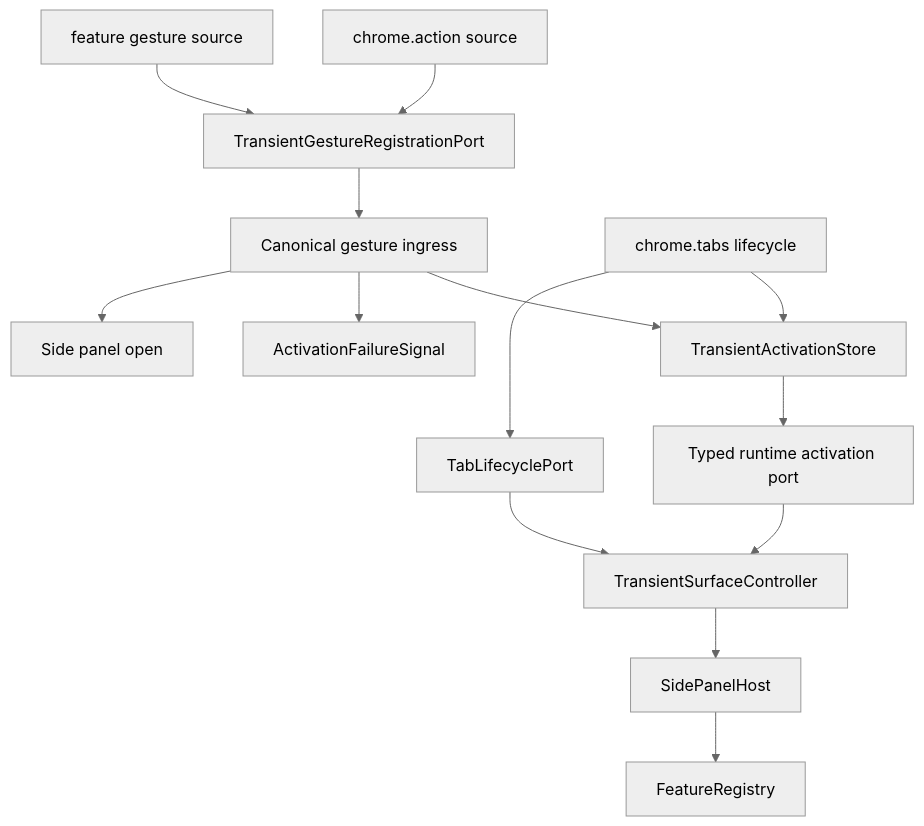
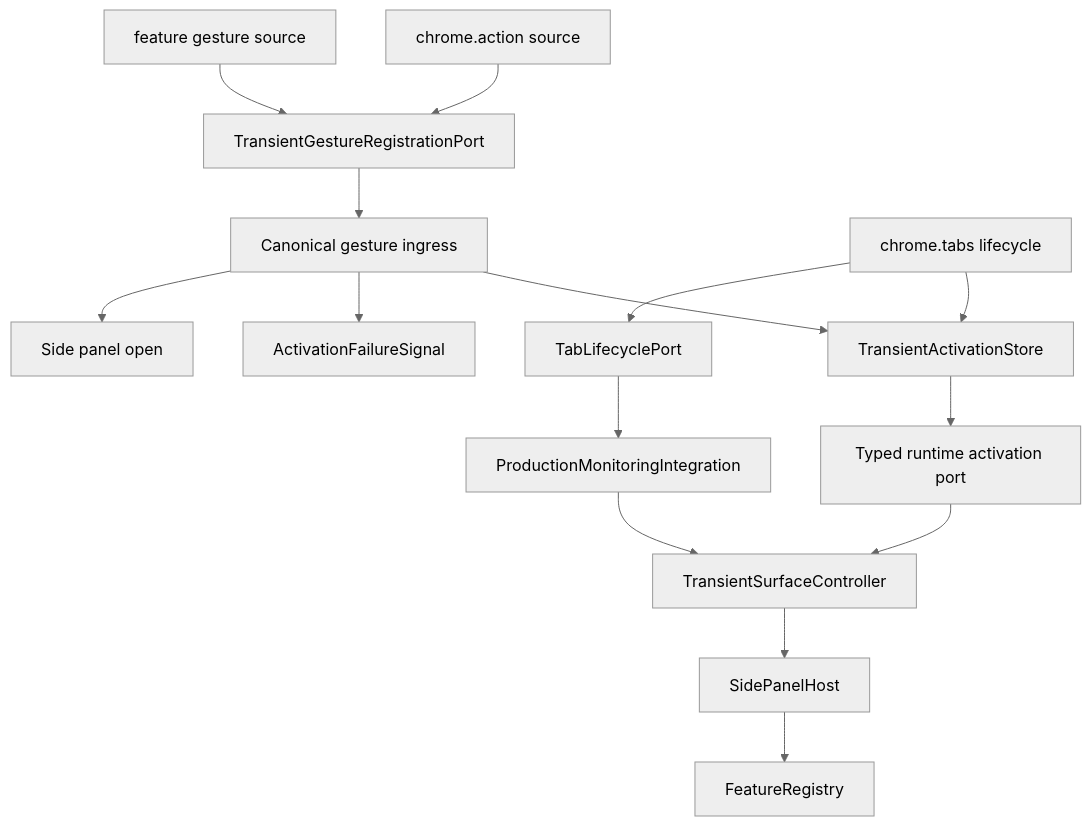
One commit to Huruikagi/pc-build-planner changed the diagram in .kiro/specs/transient-feature-surface/design.md. Above: the diagram before and after it, drawn with Mermaid (neutral theme). The commit also changed other lines of this file and 10 other files, not shown here.

````diff
--- a/.kiro/specs/transient-feature-surface/design.md
+++ b/.kiro/specs/transient-feature-surface/design.md
@@ -93,16 +94,17 @@
 ```mermaid
 graph TB
     Action["chrome.action source"] --> Registration["TransientGestureRegistrationPort"]
     FeatureGesture["feature gesture source"] --> Registration
     Registration --> Ingress["Canonical gesture ingress"]
     Ingress --> Store["TransientActivationStore"]
     Ingress --> FailureSignal["ActivationFailureSignal"]
     Ingress --> PanelOpen["Side panel open"]
     Tabs["chrome.tabs lifecycle"] --> Store
     Store --> Port["Typed runtime activation port"]
     Tabs --> TabPort["TabLifecyclePort"]
     Port --> Controller["TransientSurfaceController"]
-    TabPort --> Controller
+    TabPort --> Monitoring["ProductionMonitoringIntegration"]
+    Monitoring --> Controller
     Controller --> Host["SidePanelHost"]
     Host --> Registry["FeatureRegistry"]
 ```
````
